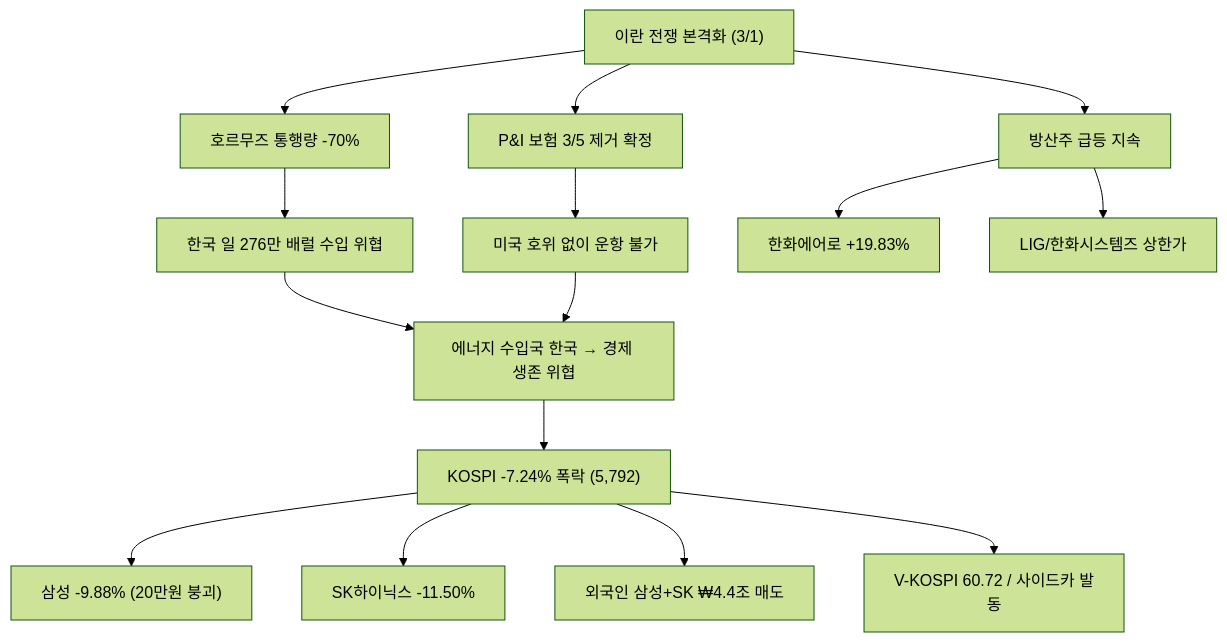
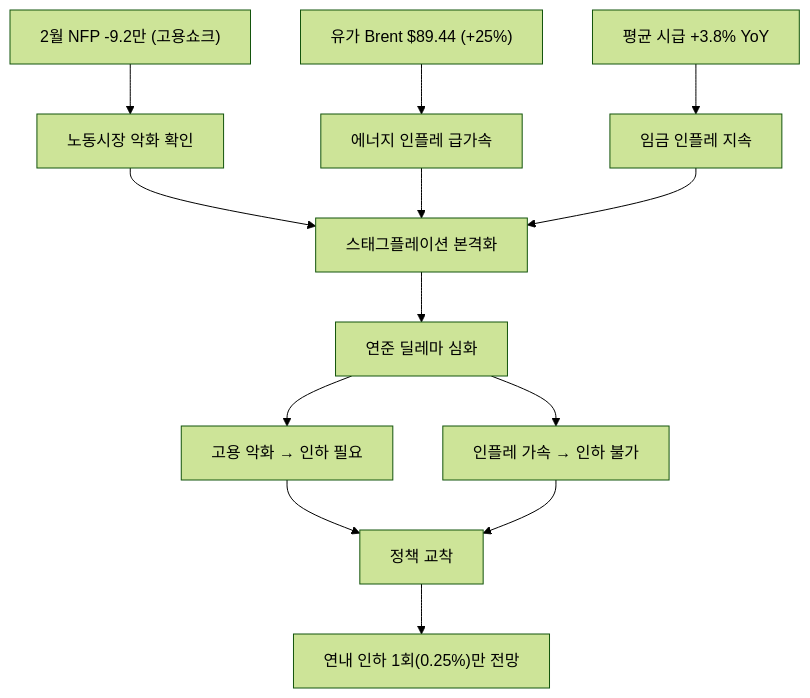
One commit to dss99911/dss99911.github.io changed the first of 4 diagrams in _posts/knowledge/invest/2026-01-21-macroeconomic-policy-sector-outlook-2026.md. Above: the diagram before and after it, drawn with Mermaid (forest theme). The commit also changed other lines of this file and 15 other files, not shown here.

````diff
--- a/_posts/knowledge/invest/2026-01-21-macroeconomic-policy-sector-outlook-2026.md
+++ b/_posts/knowledge/invest/2026-01-21-macroeconomic-policy-sector-outlook-2026.md
@@ -91,17 +83,15 @@
 ```mermaid
 graph TD
-    A["이란 전쟁 본격화 (3/1)"] --> B["호르무즈 통행량 -70%"]
-    A --> C["P&I 보험 3/5 제거 확정"]
-    B --> D["한국 일 276만 배럴 수입 위협"]
-    C --> E["미국 호위 없이 운항 불가"]
-    D --> F["에너지 수입국 한국 → 경제 생존 위협"]
-    E --> F
-    F --> G["KOSPI -7.24% 폭락 (5,792)"]
-    G --> H["삼성 -9.88% (20만원 붕괴)"]
-    G --> I["SK하이닉스 -11.50%"]
-    G --> J["외국인 삼성+SK ₩4.4조 매도"]
-    G --> K["V-KOSPI 60.72 / 사이드카 발동"]
-    A --> L["방산주 급등 지속"]
-    L --> M["한화에어로 +19.83%"]
-    L --> N["LIG/한화시스템즈 상한가"]
+    A["2월 NFP -9.2만 (고용쇼크)"] --> B["노동시장 악화 확인"]
+    C["유가 Brent $89.44 (+25%)"] --> D["에너지 인플레 급가속"]
+    E["평균 시급 +3.8% YoY"] --> F["임금 인플레 지속"]
+    B --> G["스태그플레이션 본격화"]
+    D --> G
+    F --> G
+    G --> H["연준 딜레마 심화"]
+    H --> I["고용 악화 → 인하 필요"]
+    H --> J["인플레 가속 → 인하 불가"]
+    I --> K["정책 교착"]
+    J --> K
+    K --> L["연내 인하 1회(0.25%)만 전망"]
 ```
````
